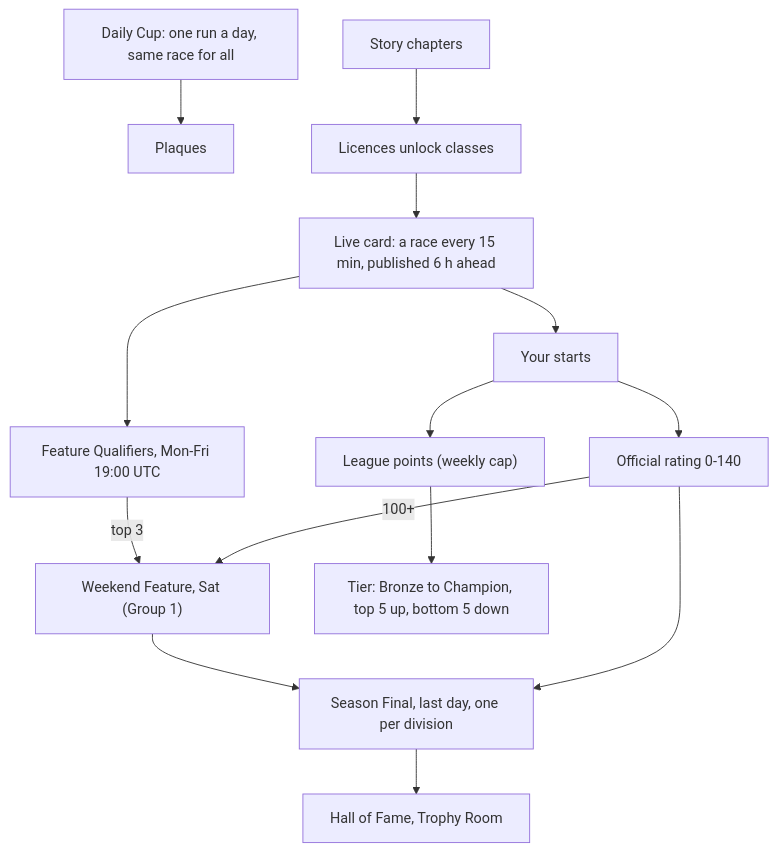
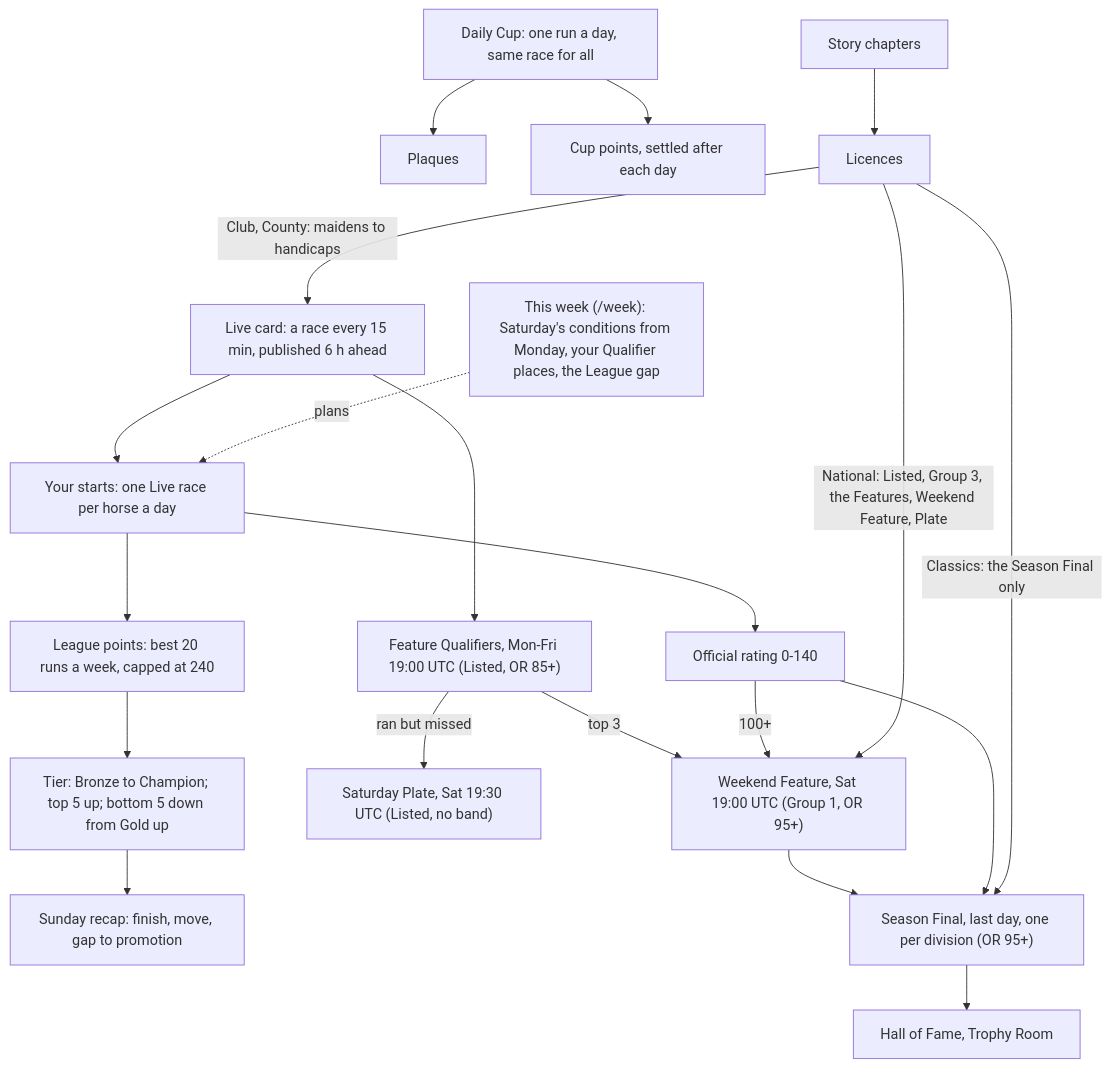
One commit to stephenclawdbot-png/ranch-game changed the fifth of 7 diagrams in docs/foundation/GAME-SYSTEMS.md. Above: the diagram before and after it, drawn with Mermaid. The commit also changed other lines of this file and 14 other files, not shown here.

````diff
--- a/docs/foundation/GAME-SYSTEMS.md
+++ b/docs/foundation/GAME-SYSTEMS.md
@@ -160,16 +168,22 @@
 ```mermaid
 flowchart TD
-  card["Live card: a race every 15 min, published 6 h ahead"] --> runs[Your starts]
-  runs --> league["League points (weekly cap)"]
+  card["Live card: a race every 15 min, published 6 h ahead"] --> runs["Your starts: one Live race per horse a day"]
+  week["This week (/week): Saturday's conditions from Monday, your Qualifier places, the League gap"] -.->|plans| runs
+  runs --> league["League points: best 20 runs a week, capped at 240"]
   runs --> rating[Official rating 0-140]
-  card --> quals["Feature Qualifiers, Mon-Fri 19:00 UTC"]
-  quals -->|top 3| wf["Weekend Feature, Sat (Group 1)"]
+  card --> quals["Feature Qualifiers, Mon-Fri 19:00 UTC (Listed, OR 85+)"]
+  quals -->|top 3| wf["Weekend Feature, Sat 19:00 UTC (Group 1, OR 95+)"]
   rating -->|100+| wf
-  league --> tiers["Tier: Bronze to Champion, top 5 up, bottom 5 down"]
-  wf --> final["Season Final, last day, one per division"]
+  quals -->|ran but missed| plate["Saturday Plate, Sat 19:30 UTC (Listed, no band)"]
+  league --> tiers["Tier: Bronze to Champion; top 5 up; bottom 5 down from Gold up"]
+  tiers --> recap["Sunday recap: finish, move, gap to promotion"]
+  wf --> final["Season Final, last day, one per division (OR 95+)"]
   rating --> final
   final --> hall[Hall of Fame, Trophy Room]
   cupd["Daily Cup: one run a day, same race for all"] --> plaques[Plaques]
-  story["Story chapters"] --> licence[Licences unlock classes]
-  licence --> card
+  cupd --> cpts["Cup points, settled after each day"]
+  story["Story chapters"] --> licence[Licences]
+  licence -->|"Club, County: maidens to handicaps"| card
+  licence -->|"National: Listed, Group 3, the Features, Weekend Feature, Plate"| wf
+  licence -->|"Classics: the Season Final only"| final
 ```
````
